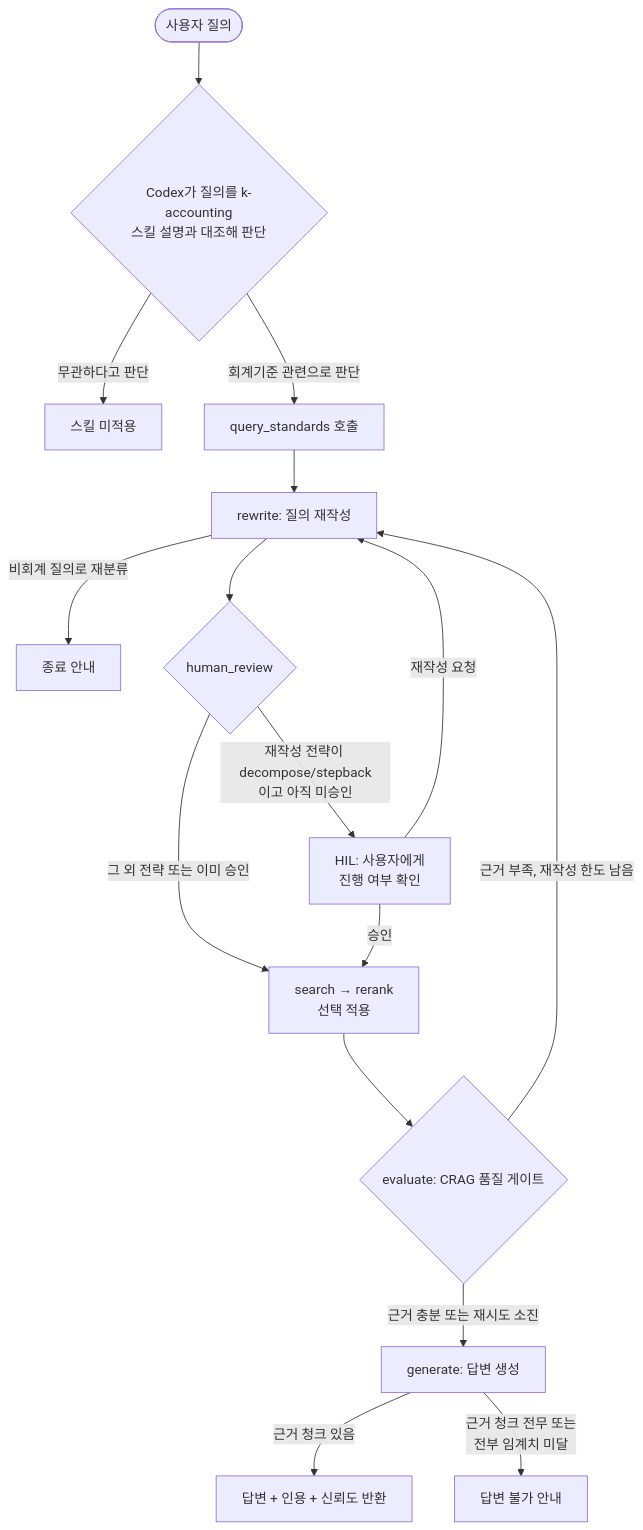
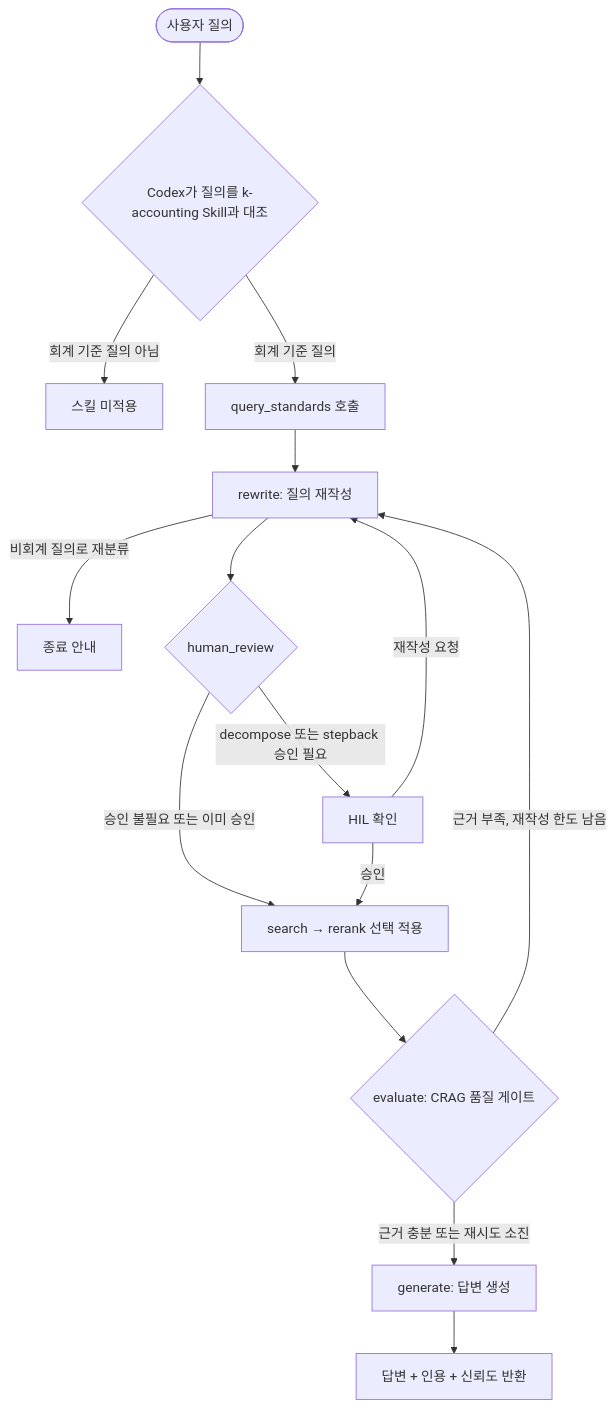
One commit to PDW-accountant/rag_for_accounting changed the diagram in README.md. Above: the diagram before and after it, drawn with Mermaid. The commit also changed other lines of this file, not shown here.

````diff
--- a/README.md
+++ b/README.md
@@ -134,18 +134,17 @@
 ```mermaid
 flowchart TD
-    Q([사용자 질의]) --> SKILL{Codex가 질의를 k-accounting<br/>스킬 설명과 대조해 판단}
-    SKILL -->|무관하다고 판단| NOOP[스킬 미적용]
-    SKILL -->|회계기준 관련으로 판단| MCP[query_standards 호출]
+    Q([사용자 질의]) --> SKILL{Codex가 질의를 k-accounting Skill과 대조}
+    SKILL -->|회계 기준 질의 아님| NOOP[스킬 미적용]
+    SKILL -->|회계 기준 질의| MCP[query_standards 호출]
     MCP --> REWRITE[rewrite: 질의 재작성]
     REWRITE -->|비회계 질의로 재분류| EXIT[종료 안내]
     REWRITE --> HR{human_review}
-    HR -->|그 외 전략 또는 이미 승인| SEARCH[search → rerank<br/>선택 적용]
-    HR -->|재작성 전략이 decompose/stepback<br/>이고 아직 미승인| HIL[HIL: 사용자에게<br/>진행 여부 확인]
+    HR -->|승인 불필요 또는 이미 승인| SEARCH[search → rerank 선택 적용]
+    HR -->|decompose 또는 stepback 승인 필요| HIL[HIL 확인]
     HIL -->|재작성 요청| REWRITE
     HIL -->|승인| SEARCH
     SEARCH --> EVAL{evaluate: CRAG 품질 게이트}
     EVAL -->|근거 부족, 재작성 한도 남음| REWRITE
     EVAL -->|근거 충분 또는 재시도 소진| GEN[generate: 답변 생성]
-    GEN -->|근거 청크 있음| DONE[답변 + 인용 + 신뢰도 반환]
-    GEN -->|근거 청크 전무 또는<br/>전부 임계치 미달| FAIL[답변 불가 안내]
+    GEN --> DONE[답변 + 인용 + 신뢰도 반환]
 ```
````
